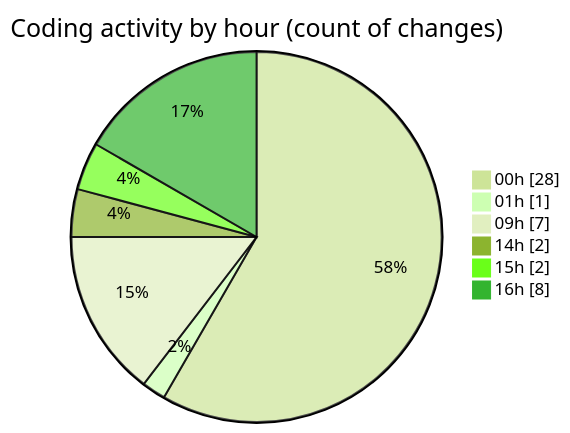
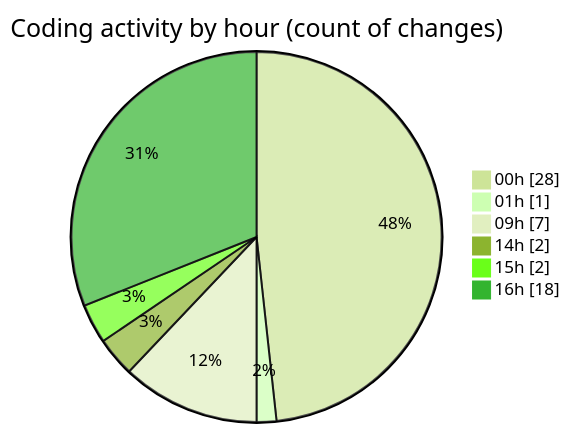
One commit to Elitesun/code-tracking changed the second of 2 diagrams in 2025-05-24/elitesun/README.md. Above: the diagram before and after it, drawn with Mermaid (forest theme). The commit also changed other lines of this file and 1 other file, not shown here.

````diff
--- a/2025-05-24/elitesun/README.md
+++ b/2025-05-24/elitesun/README.md
@@ -43,10 +44,10 @@
 ```mermaid
 pie showData
 title Coding activity by hour (count of changes)
 "00h" : 28
 "01h" : 1
 "09h" : 7
 "14h" : 2
 "15h" : 2
-"16h" : 8
+"16h" : 18
 ```
````
